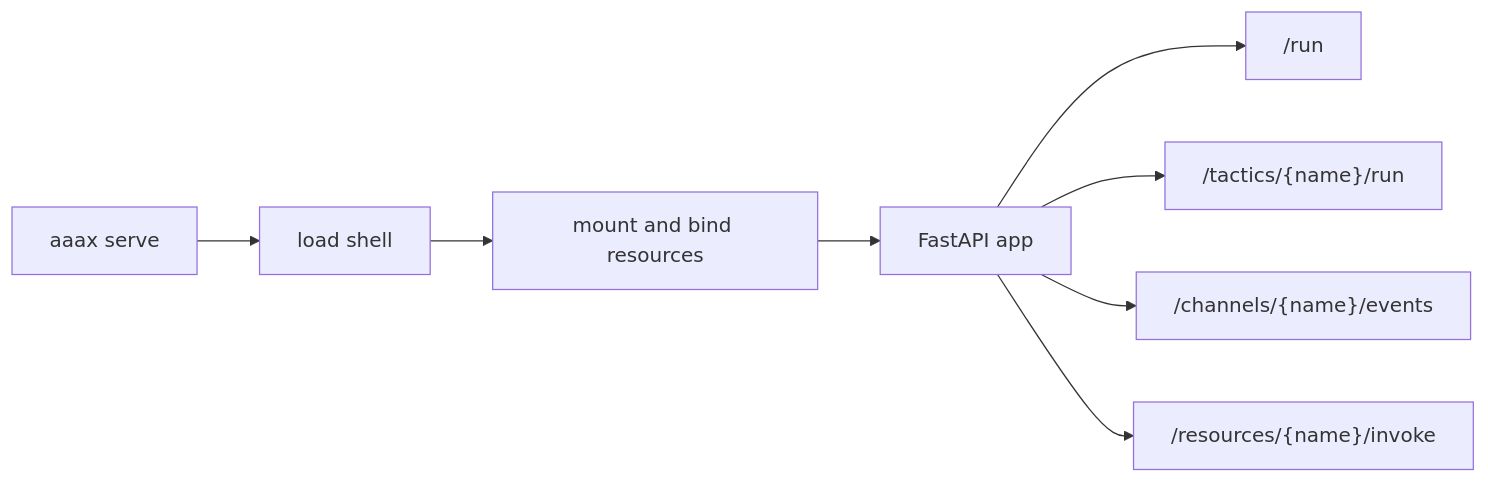
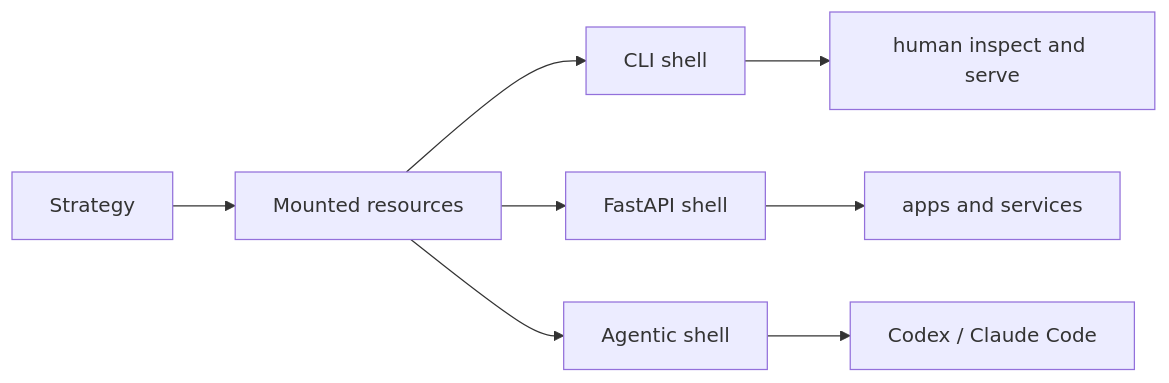
The diagram in docs/launch/index.md (Productive-Superintelligence/aaax), drawn with Mermaid before and after one commit. The commit also changed other lines of this file and 5 other files, not shown here.

Commit message:
Document AAAX shell surfaces

````diff
--- a/docs/launch/index.md
+++ b/docs/launch/index.md
@@ -7,10 +7,10 @@
 ```mermaid
 flowchart LR
-  A["aaax serve"] --> B["load shell"]
-  B --> C["mount and bind resources"]
-  C --> D["FastAPI app"]
-  D --> E["/run"]
-  D --> F["/tactics/{name}/run"]
-  D --> G["/channels/{name}/events"]
-  D --> H["/resources/{name}/invoke"]
+  A["Strategy"] --> B["Mounted resources"]
+  B --> C["CLI shell"]
+  B --> D["FastAPI shell"]
+  B --> E["Agentic shell"]
+  C --> F["human inspect and serve"]
+  D --> G["apps and services"]
+  E --> H["Codex / Claude Code"]
 ```
````
